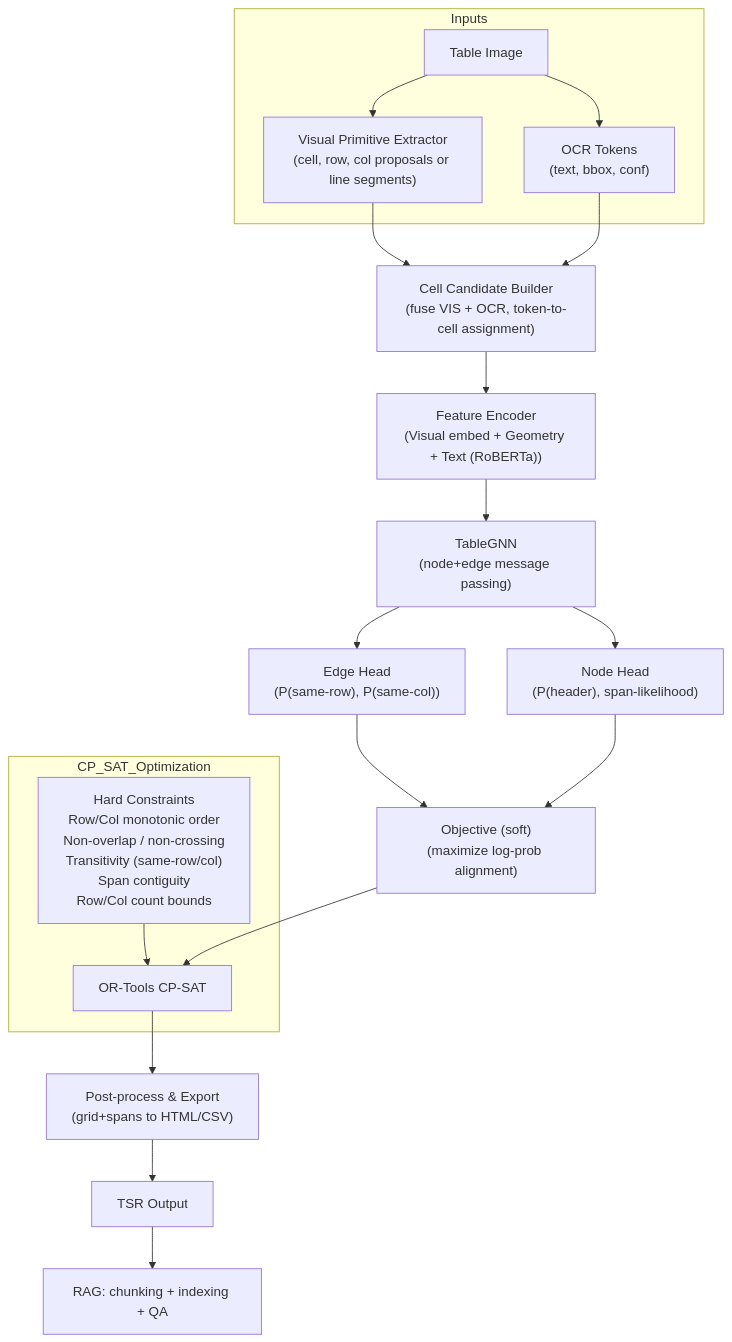
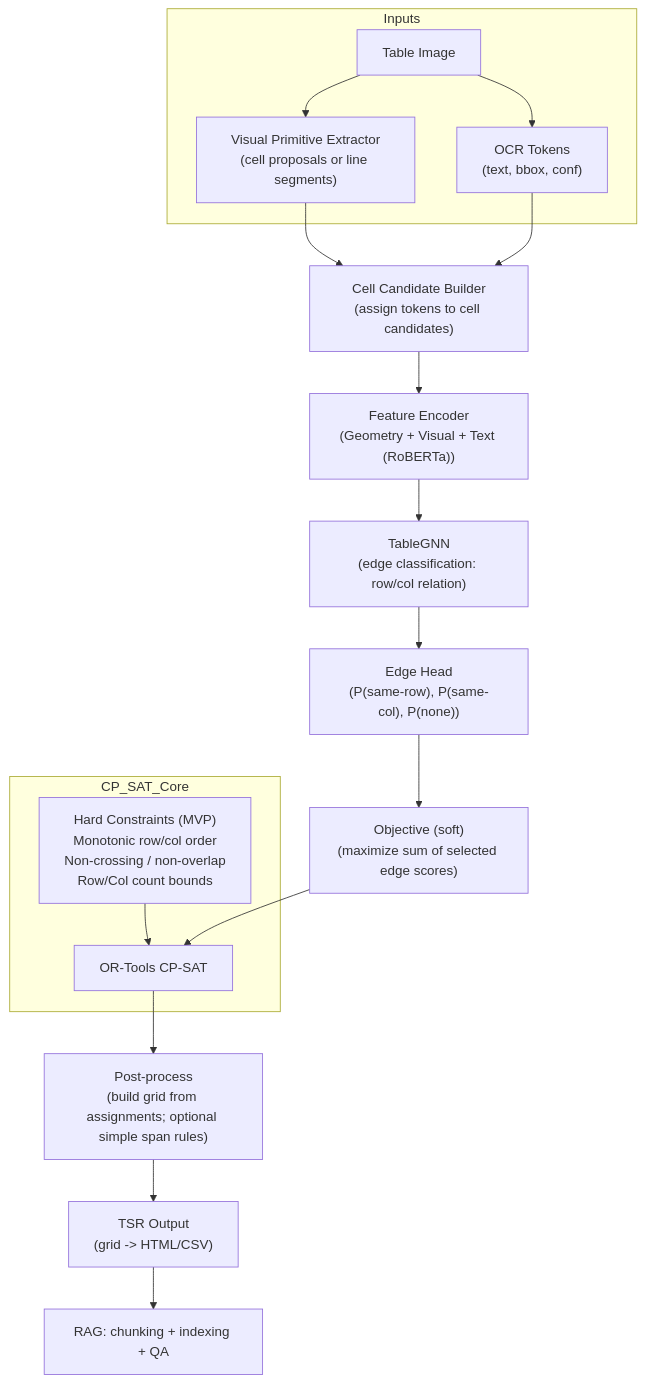
The diagram in README.md (Jax0303/t1), drawn with Mermaid before and after one commit.

Commit message:
Revise flowchart details in README.md
Updated visual primitive extractor and optimization constraints in the flowchart.

````diff
--- a/README.md
+++ b/README.md
@@ -25,36 +25,34 @@
 ```mermaid
 flowchart TD
   subgraph Inputs
     IMG[Table Image]
-    VIS["Visual Primitive Extractor<br>(cell, row, col proposals or line segments)"]
+    VIS["Visual Primitive Extractor<br>(cell proposals or line segments)"]
     OCR["OCR Tokens<br>(text, bbox, conf)"]
     IMG --> VIS
     IMG --> OCR
   end
 
-  CAND["Cell Candidate Builder<br>(fuse VIS + OCR, token-to-cell assignment)"]
-  FEAT["Feature Encoder<br>(Visual embed + Geometry + Text (RoBERTa))"]
-  GNN["TableGNN<br>(node+edge message passing)"]
+  CAND["Cell Candidate Builder<br>(assign tokens to cell candidates)"]
+  FEAT["Feature Encoder<br>(Geometry + Visual + Text (RoBERTa))"]
+  GNN["TableGNN<br>(edge classification: row/col relation)"]
 
-  EP["Edge Head<br>(P(same-row), P(same-col))"]
-  NP["Node Head<br>(P(header), span-likelihood)"]
-  OBJ["Objective (soft)<br>(maximize log-prob alignment)"]
+  EP["Edge Head<br>(P(same-row), P(same-col), P(none))"]
+  OBJ["Objective (soft)<br>(maximize sum of selected edge scores)"]
 
-  subgraph CP_SAT_Optimization
-    HC["Hard Constraints<br>Row/Col monotonic order<br>Non-overlap / non-crossing<br>Transitivity (same-row/col)<br>Span contiguity<br>Row/Col count bounds"]
+  subgraph CP_SAT_Core
+    HC["Hard Constraints (MVP)<br>Monotonic row/col order<br>Non-crossing / non-overlap<br>Row/Col count bounds"]
     SOLVER["OR-Tools CP-SAT"]
     HC --> SOLVER
   end
 
-  POST["Post-process & Export<br>(grid+spans to HTML/CSV)"]
-  OUT["TSR Output"]
+  POST["Post-process<br>(build grid from assignments; optional simple span rules)"]
+  OUT["TSR Output<br>(grid -> HTML/CSV)"]
   RAG["RAG: chunking + indexing + QA"]
 
   VIS --> CAND
   OCR --> CAND
   CAND --> FEAT --> GNN
-  GNN --> EP --> OBJ
-  GNN --> NP --> OBJ
-  OBJ --> SOLVER
+  GNN --> EP --> OBJ --> SOLVER
   SOLVER --> POST --> OUT --> RAG
+
 ```
````
